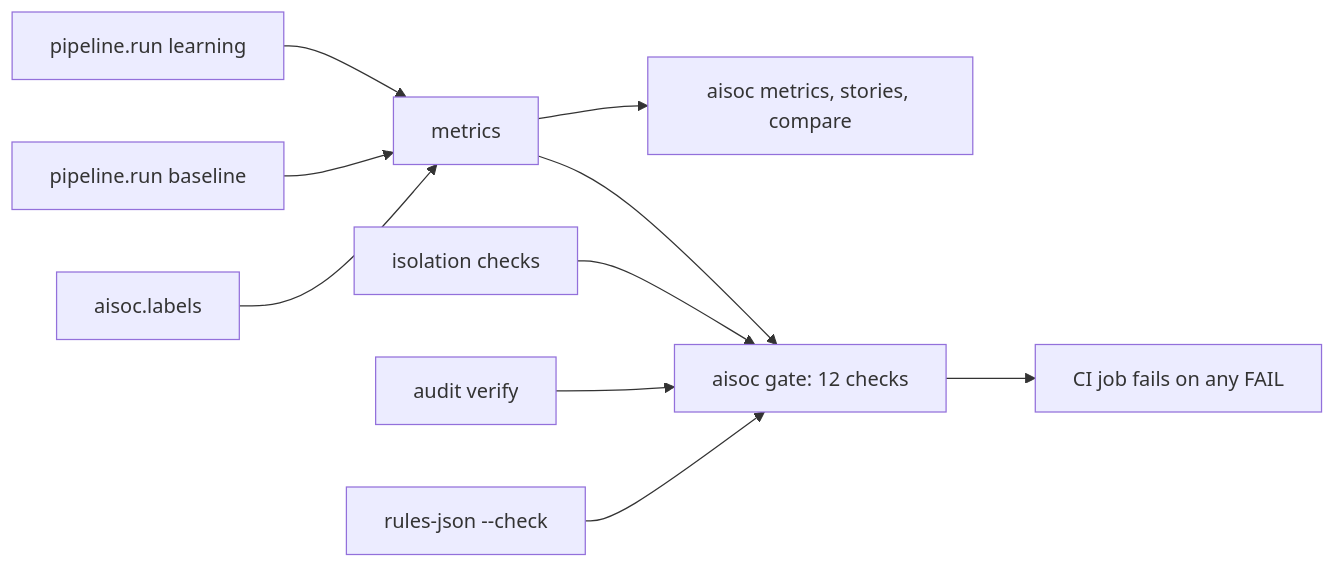
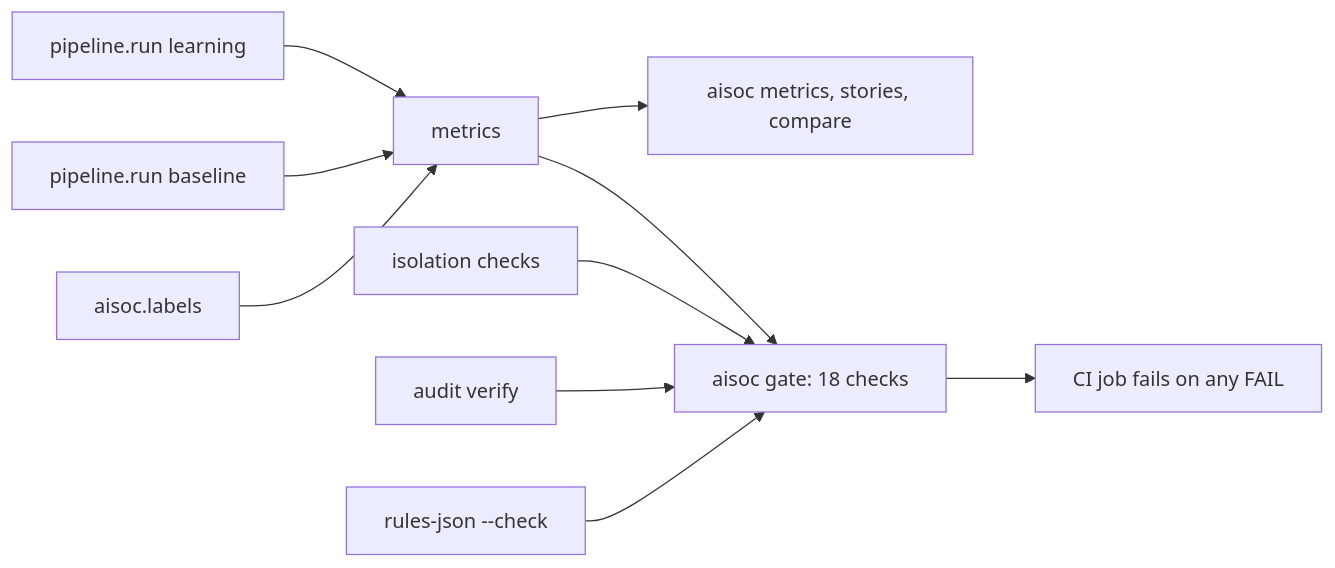
The diagram in docs/components/metrics-gate.md (jagadishmazure-jpg/Jagadish-azure-ai-soc), drawn with Mermaid before and after one commit. The commit also changed other lines of this file and 64 other files, not shown here.

First line of the commit message:
Small-business SOC additions: identity and endpoint packs, exposure context, consensus gate, authority registry, timeline, plain-English search, cost model, tiers, monthly report previews

````diff
--- a/docs/components/metrics-gate.md
+++ b/docs/components/metrics-gate.md
@@ -18,12 +18,12 @@
 ```mermaid
 flowchart LR
   P1[pipeline.run learning] --> M[metrics]
   P2[pipeline.run baseline] --> M
   L[aisoc.labels] --> M
   M --> CLI[aisoc metrics, stories, compare]
-  M --> G[aisoc gate: 12 checks]
+  M --> G[aisoc gate: 18 checks]
   ISO[isolation checks] --> G
   AUD[audit verify] --> G
   RJ[rules-json --check] --> G
   G --> CI[CI job fails on any FAIL]
 ```
````
